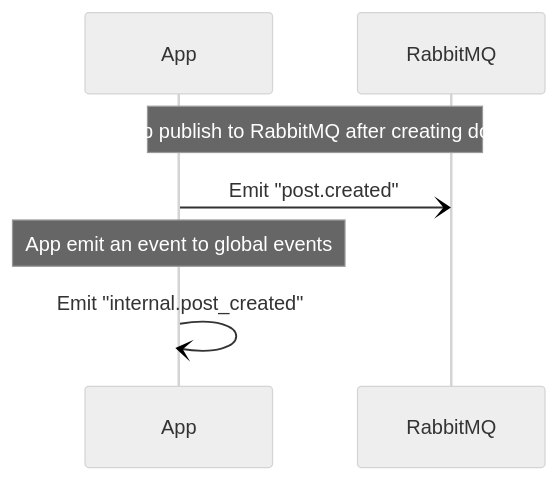
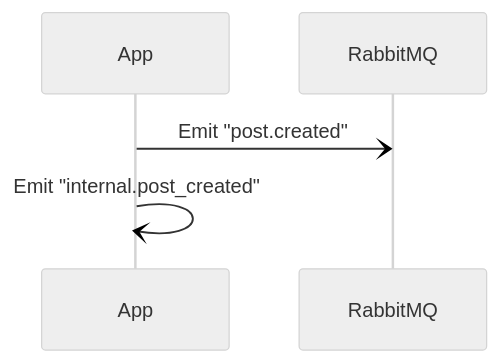
The sixth of 14 diagrams in GUIDE.md (doanthuanthanh88/yas-sequence-diagram), drawn with Mermaid (neutral theme) before and after one commit. The commit also changed other lines of this file and 14 other files, not shown here.

````diff
--- a/GUIDE.md
+++ b/GUIDE.md
@@ -146,8 +270,6 @@
 ```mermaid
 sequenceDiagram
-NOTE OVER App, RabbitMQ: App publish to RabbitMQ after creating done
 App -) RabbitMQ: Emit "post.created"
 
-NOTE OVER App, App: App emit an event to global events
 App -) App: Emit "internal.post_created"
 ```
````
